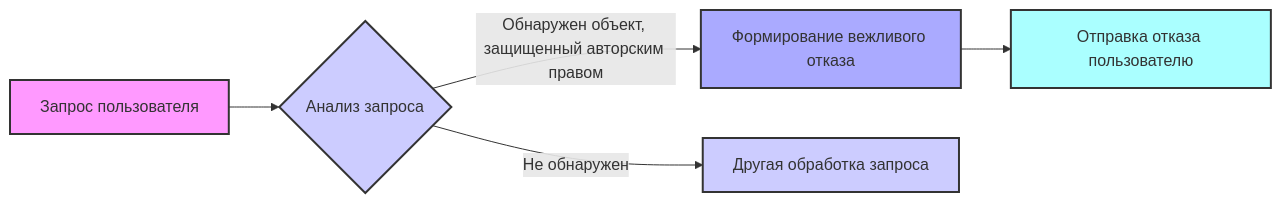
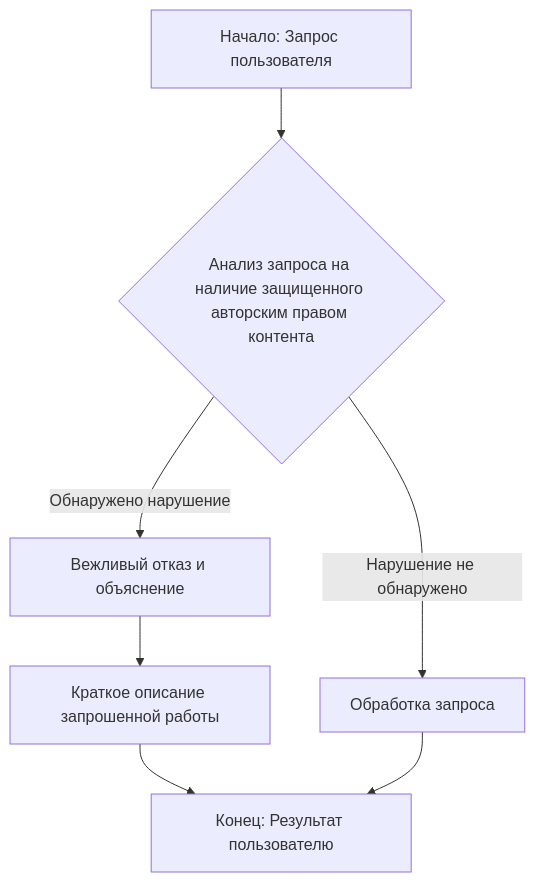
Before and after one commit to hypo69/hypo: the diagram in docs/gemini/ru/explainer/src/ai/tiny_troupe/TinyTroupe/tinytroupe/prompts/rai_copyright_infringement_prevention.md.md, drawn with Mermaid. The commit also changed other lines of this file and 6031 other files, not shown here.

````diff
--- a/docs/gemini/ru/explainer/src/ai/tiny_troupe/TinyTroupe/tinytroupe/prompts/rai_copyright_infringement_prevention.md.md
+++ b/docs/gemini/ru/explainer/src/ai/tiny_troupe/TinyTroupe/tinytroupe/prompts/rai_copyright_infringement_prevention.md.md
@@ -18,13 +22,10 @@
 ```mermaid
-graph LR
-    A[Запрос пользователя] --> B{Анализ запроса};
-    B -- Обнаружен объект, защищенный авторским правом --> C[Формирование вежливого отказа];
-     B -- Не обнаружен --> D[Другая обработка запроса];
-    C --> E[Отправка отказа пользователю];
-    
-    style A fill:#f9f,stroke:#333,stroke-width:2px
-    style B fill:#ccf,stroke:#333,stroke-width:2px
-    style C fill:#aaf,stroke:#333,stroke-width:2px
-    style E fill:#aff,stroke:#333,stroke-width:2px
-    style D fill:#ccf,stroke:#333,stroke-width:2px
+flowchart TD
+    A[Начало: Запрос пользователя] --> B{Анализ запроса на наличие защищенного авторским правом контента}
+    B -- Обнаружено нарушение --> C[Вежливый отказ и объяснение]
+    C --> D[Краткое описание запрошенной работы]
+    D --> F[Конец]
+    B -- Нарушение не обнаружено --> E[Обработка запроса]
+    E --> F
+    F[Конец: Результат пользователю]
 ```
````
